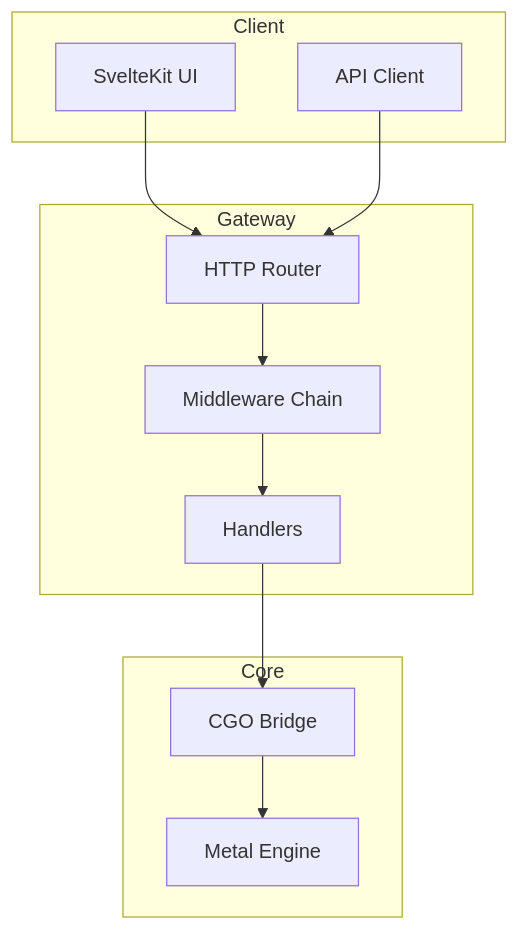
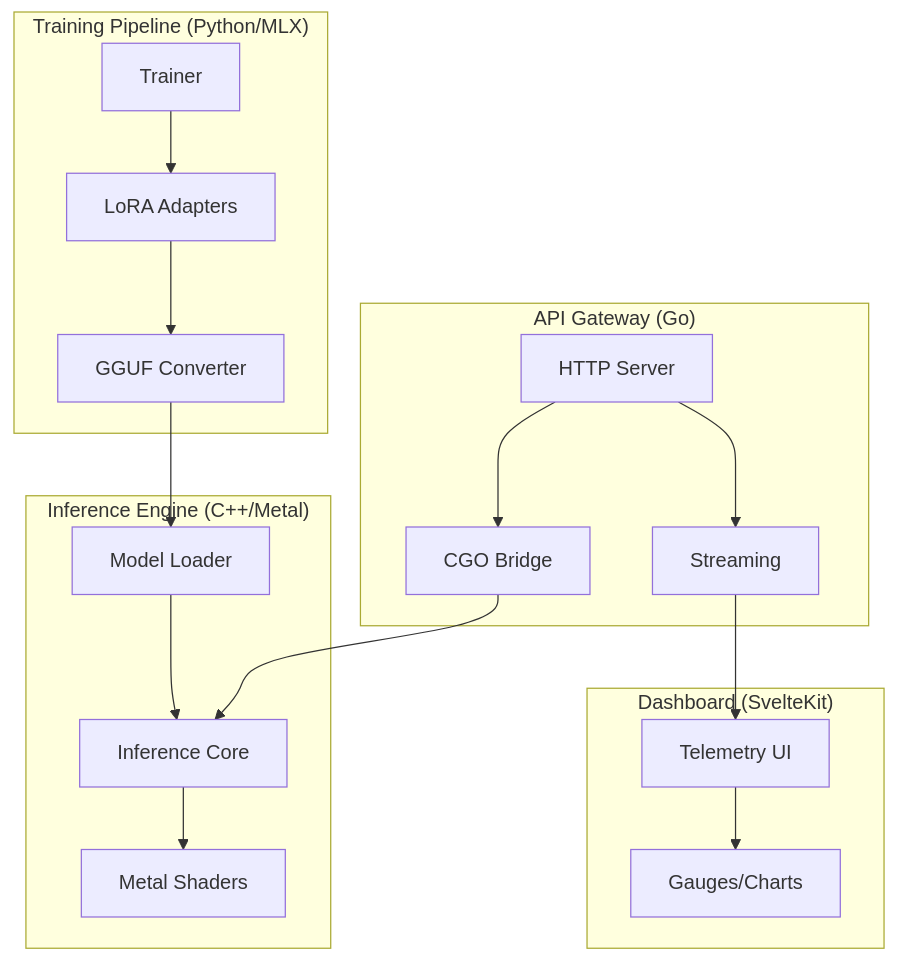
Before and after one commit to levalencia/apple-silicon-llm-stack: the diagram in README.md, drawn with Mermaid. The commit also changed other lines of this file and 34 other files, not shown here.

````diff
--- a/README.md
+++ b/README.md
@@ -78,25 +37,36 @@
 ```mermaid
 graph TB
-    subgraph "Client"
-        UI[SvelteKit UI]
-        API[API Client]
+    subgraph "Training Pipeline (Python/MLX)"
+        TF[Trainer]
+        LoRA[LoRA Adapters]
+        GGUF[GGUF Converter]
     end
     
-    subgraph "Gateway"
-        Router[HTTP Router]
-        Middleware[Middleware Chain]
-        Handler[Handlers]
+    subgraph "Inference Engine (C++/Metal)"
+        Loader[Model Loader]
+        Engine[Inference Core]
+        Shaders[Metal Shaders]
     end
     
-    subgraph "Core"
+    subgraph "API Gateway (Go)"
+        HTTP[HTTP Server]
         CGO[CGO Bridge]
-        Engine[Metal Engine]
+        SSE[Streaming]
     end
     
-    UI --> Router
-    API --> Router
-    Router --> Middleware
-    Middleware --> Handler
-    Handler --> CGO
+    subgraph "Dashboard (SvelteKit)"
+        UI[Telemetry UI]
+        Charts[Gauges/Charts]
+    end
+    
+    TF --> LoRA
+    LoRA --> GGUF
+    GGUF --> Loader
+    Engine --> Shaders
+    Loader --> Engine
+    HTTP --> CGO
     CGO --> Engine
+    HTTP --> SSE
+    SSE --> UI
+    UI --> Charts
 ```
````
